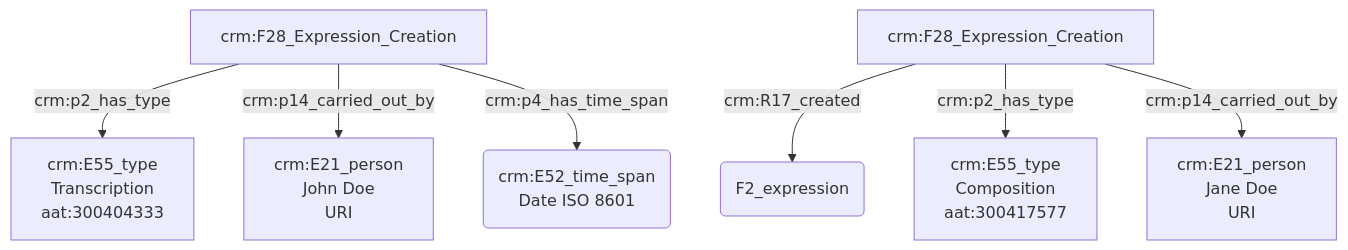
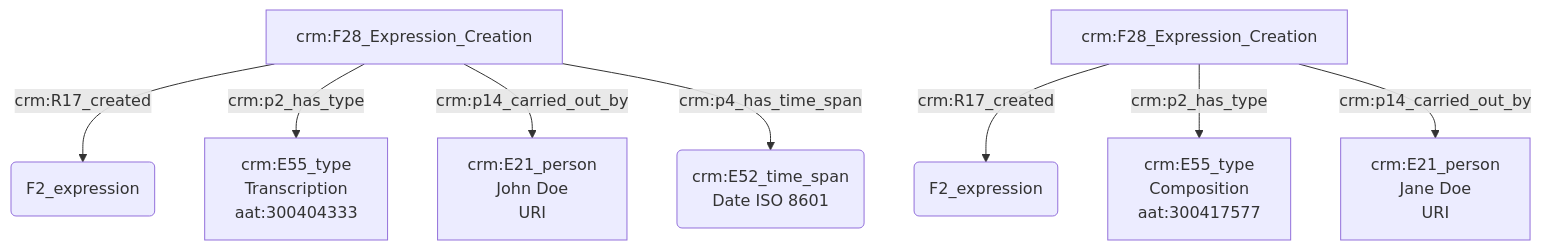
Before and after one commit to Amleth/consortium-musica2-gt2-ontologies: the diagram in modules/livrables/Dossier 2/Indexation conceptuelle/transcription d'une œuvre.md, drawn with Mermaid.

Commit message:
Update transcription d'une œuvre.md

````diff
--- a/modules/livrables/Dossier 2/Indexation conceptuelle/transcription d'une œuvre.md
+++ b/modules/livrables/Dossier 2/Indexation conceptuelle/transcription d'une œuvre.md
@@ -18,13 +18,13 @@
 ```mermaid
 graph TD;
 
-
+A[crm:F28_Expression_Creation] --> |crm:R17_created| N(F2_expression)
 A[crm:F28_Expression_Creation] --> |crm:p2_has_type| B[crm:E55_type<br>Transcription<br>aat:300404333]
 A[crm:F28_Expression_Creation] --> |crm:p14_carried_out_by| C[crm:E21_person<br>John Doe<br>URI]
 A[crm:F28_Expression_Creation] --> |crm:p4_has_time_span| I(crm:E52_time_span<br>Date ISO 8601)
 
 E[crm:F28_Expression_Creation] --> |crm:R17_created| M(F2_expression)
 E[crm:F28_Expression_Creation] --> |crm:p2_has_type| G[crm:E55_type<br>Composition<br>aat:300417577]
 E[crm:F28_Expression_Creation] --> |crm:p14_carried_out_by| F[crm:E21_person<br>Jane Doe<br>URI]
 
 ```
````
